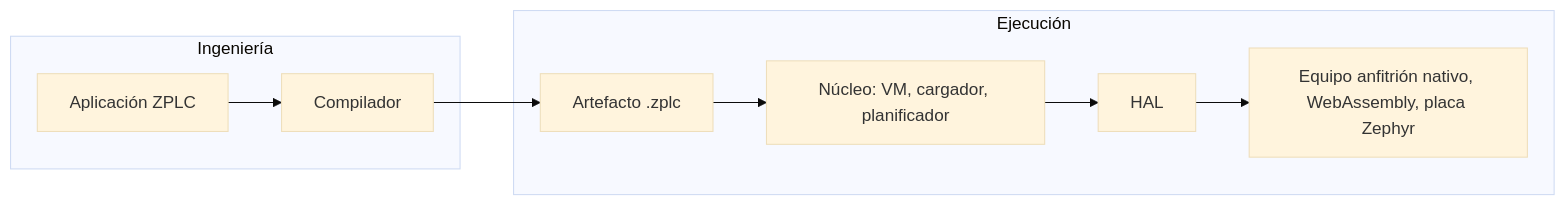
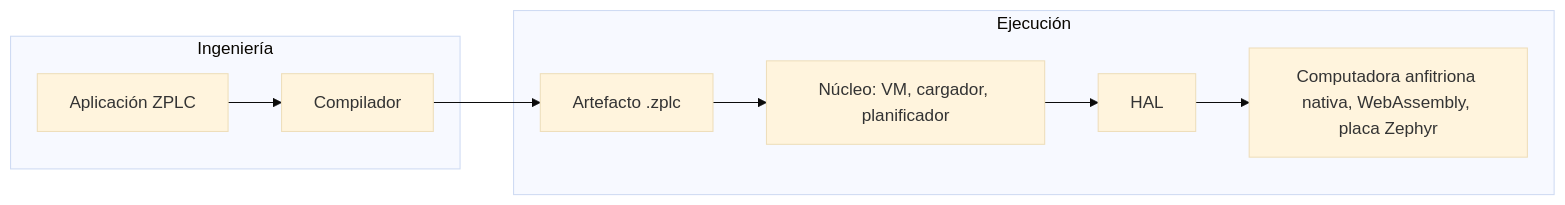
Before and after one commit to eduardojvieira/ZPLC: the diagram in docs/i18n/es/docusaurus-plugin-content-docs/current/architecture/index.md, drawn with Mermaid (base theme). The commit also changed other lines of this file and 68 other files, not shown here.

````diff
--- a/docs/i18n/es/docusaurus-plugin-content-docs/current/architecture/index.md
+++ b/docs/i18n/es/docusaurus-plugin-content-docs/current/architecture/index.md
@@ -16,20 +16,20 @@
 ```mermaid
 flowchart LR
   subgraph Engineering[Ingeniería]
     APP[Aplicación ZPLC]
     COMPILER[Compilador]
   end
 
   subgraph Execution[Ejecución]
     ARTIFACT[Artefacto .zplc]
     CORE[Núcleo: VM, cargador, planificador]
     HAL[HAL]
-    TARGET[Equipo anfitrión nativo, WebAssembly, placa Zephyr]
+    TARGET[Computadora anfitriona nativa, WebAssembly, placa Zephyr]
   end
 
   APP --> COMPILER
   COMPILER --> ARTIFACT
   ARTIFACT --> CORE
   CORE --> HAL
   HAL --> TARGET
 ```
````
